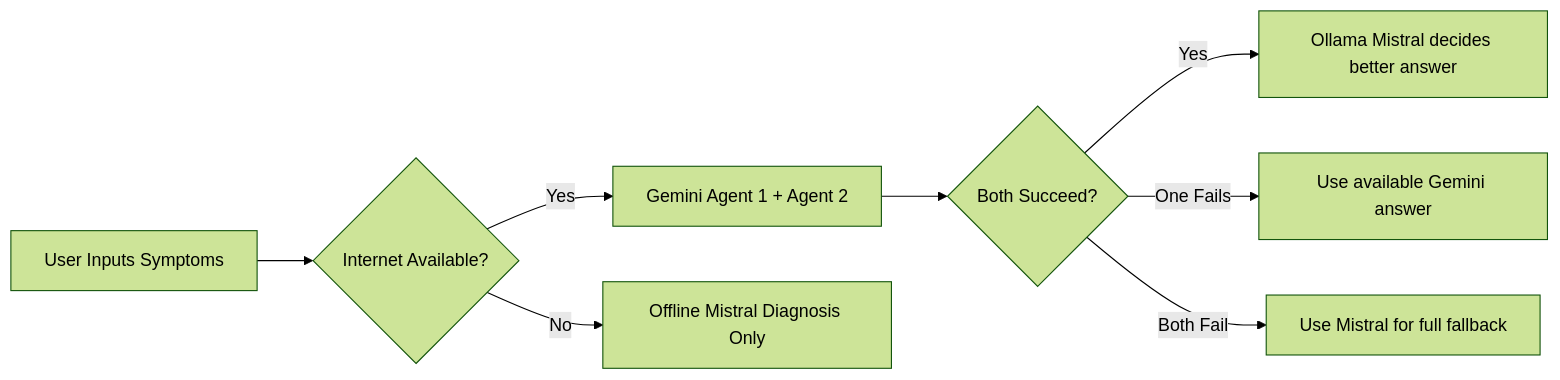
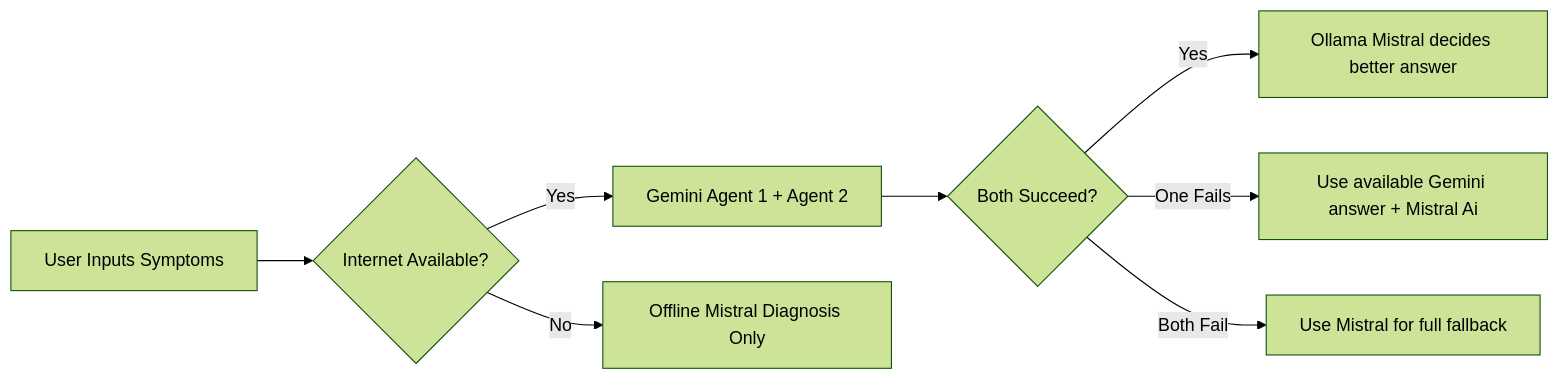
Before and after one commit to proxymaster356/Sympteller: the diagram in README.md, drawn with Mermaid (forest theme). The commit also changed other lines of this file, not shown here.

````diff
--- a/README.md
+++ b/README.md
@@ -10,10 +10,10 @@
 ```mermaid
 graph LR
     A[User Inputs Symptoms] --> B{Internet Available?}
     B -- Yes --> C[Gemini Agent 1 + Agent 2]
     C --> D{Both Succeed?}
     D -- Yes --> E[Ollama Mistral decides better answer]
-    D -- One Fails --> F[Use available Gemini answer]
+    D -- One Fails --> F[Use available Gemini answer + Mistral Ai]
     D -- Both Fail --> G[Use Mistral for full fallback]
     B -- No --> H[Offline Mistral Diagnosis Only]
 ```
````
